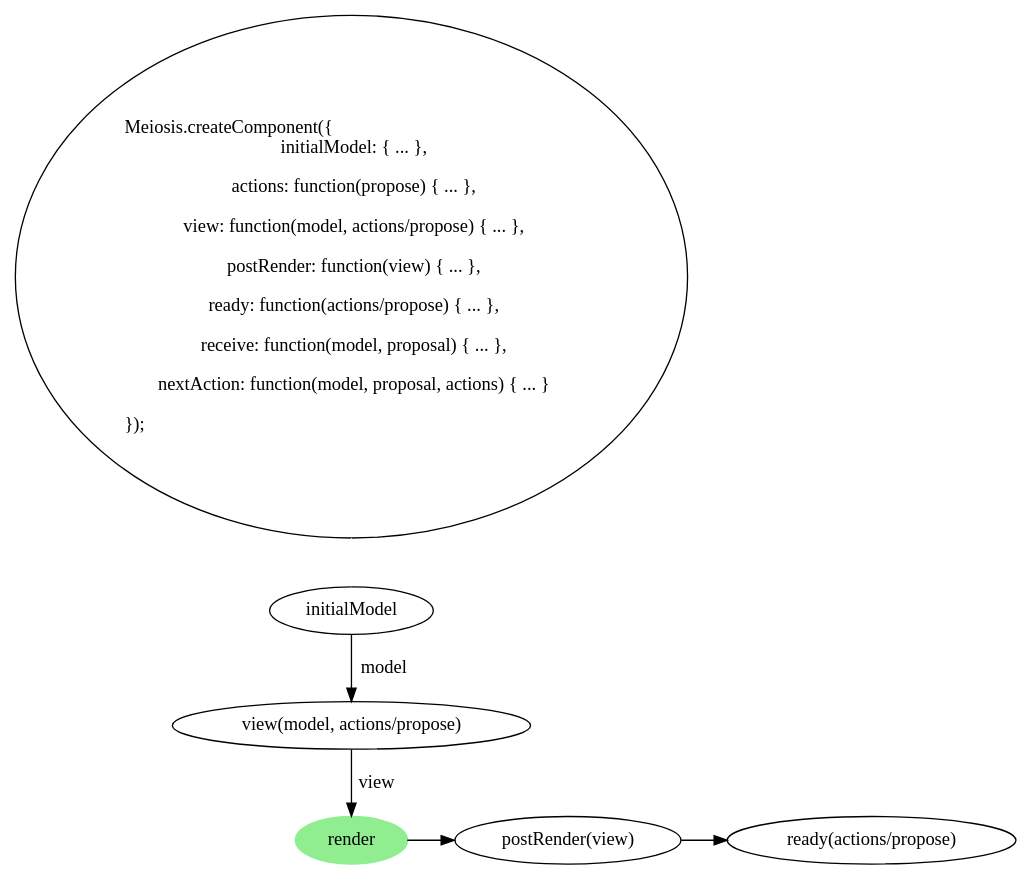
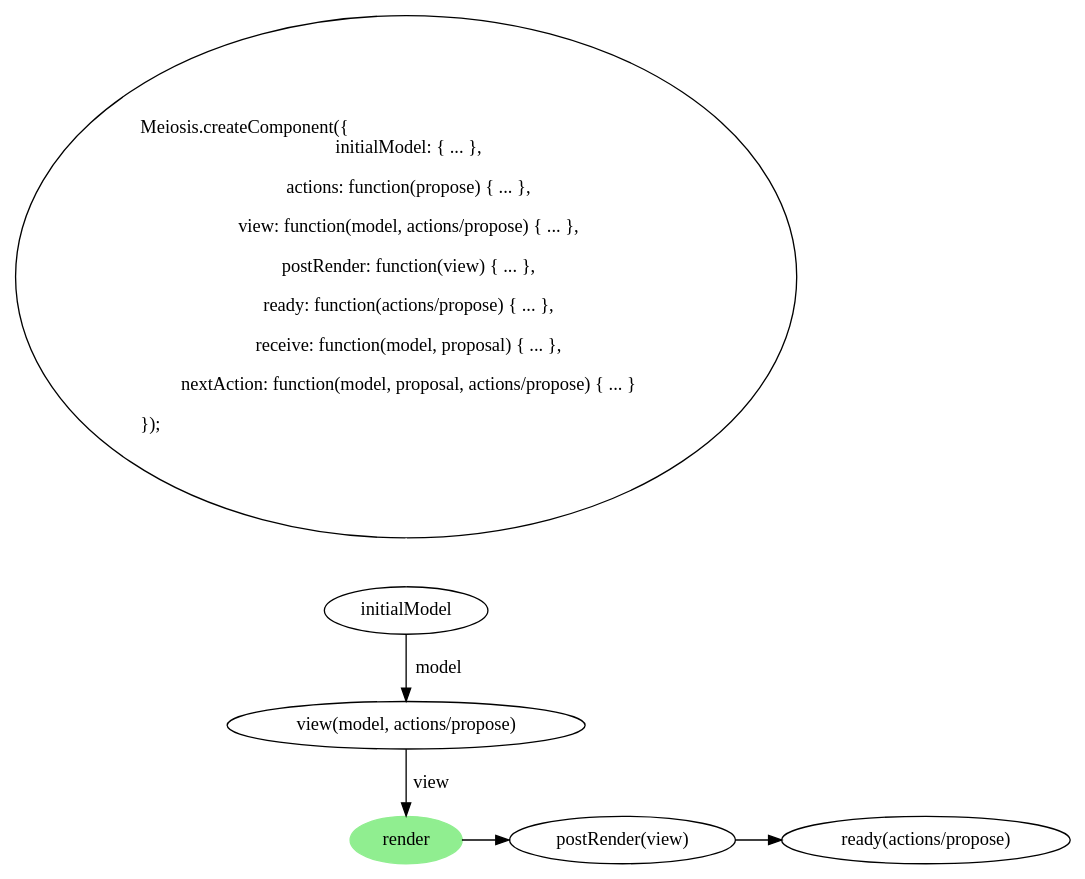
One commit to foxdonut/meiosis-guide changed the diagram in images/meiosis_init.dot. Above: the diagram before and after it, drawn with Graphviz. The commit also changed 3 other files, not shown here.

Commit message:
Update big-picture diagrams.

```diff
--- a/images/meiosis_init.dot
+++ b/images/meiosis_init.dot
@@ -1,24 +1,24 @@
 digraph meiosis_init {
   createComponent [fontname=Hack, label = "\lMeiosis.createComponent(\{\l\ \ initialModel: \{ ... \},
     \l  actions: function(propose) \{ ... \},
     \l  view: function(model, actions/propose) \{ ... \},
     \l  postRender: function(view) \{ ... \},
     \l  ready: function(actions/propose) \{ ... \},
     \l  receive: function(model, proposal) \{ ... \},
-    \l  nextAction: function(model, proposal, actions) \{ ... \}
+    \l  nextAction: function(model, proposal, actions/propose) \{ ... \}
     \l\});\l\l"]
 
   initialModel [fontname=Hack]
   view [label = "view(model, actions/propose)", fontname=Hack]
   render [style=filled, color=lightgreen]
   postRender [label = "postRender(view)", fontname=Hack]
   ready [label = "ready(actions/propose)", fontname=Hack]
 
   {rank=same; render postRender ready}
 
   createComponent -> initialModel [arrowhead=none, arrowtail=empty, color=white]
   initialModel -> view [label = " model"]
   view -> render [label = " view"]
   render -> postRender
   postRender -> ready
 }
```
